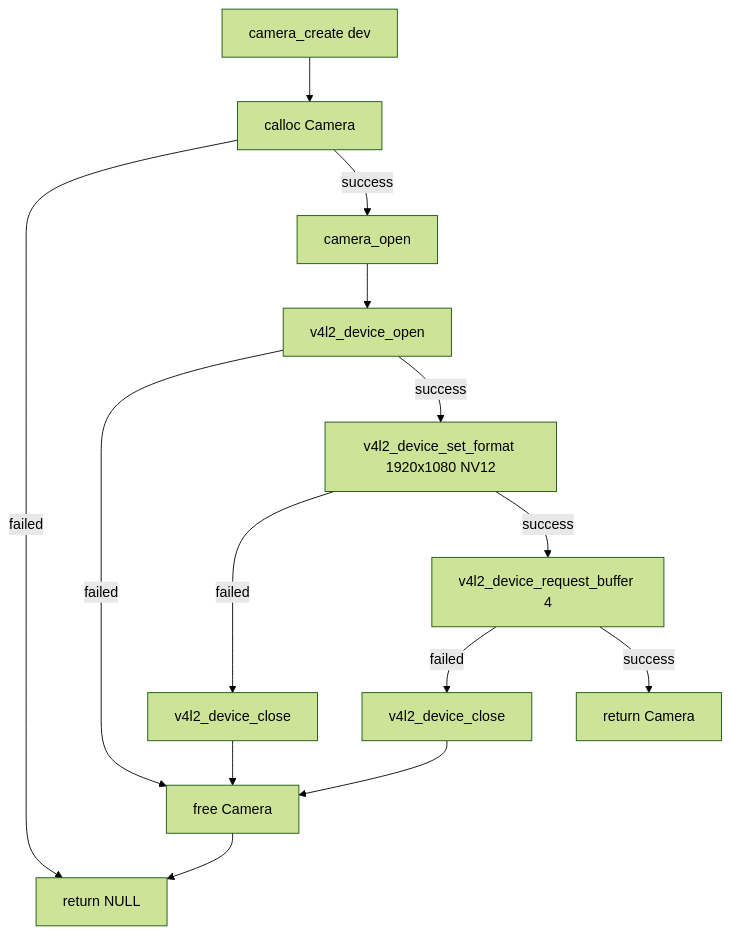
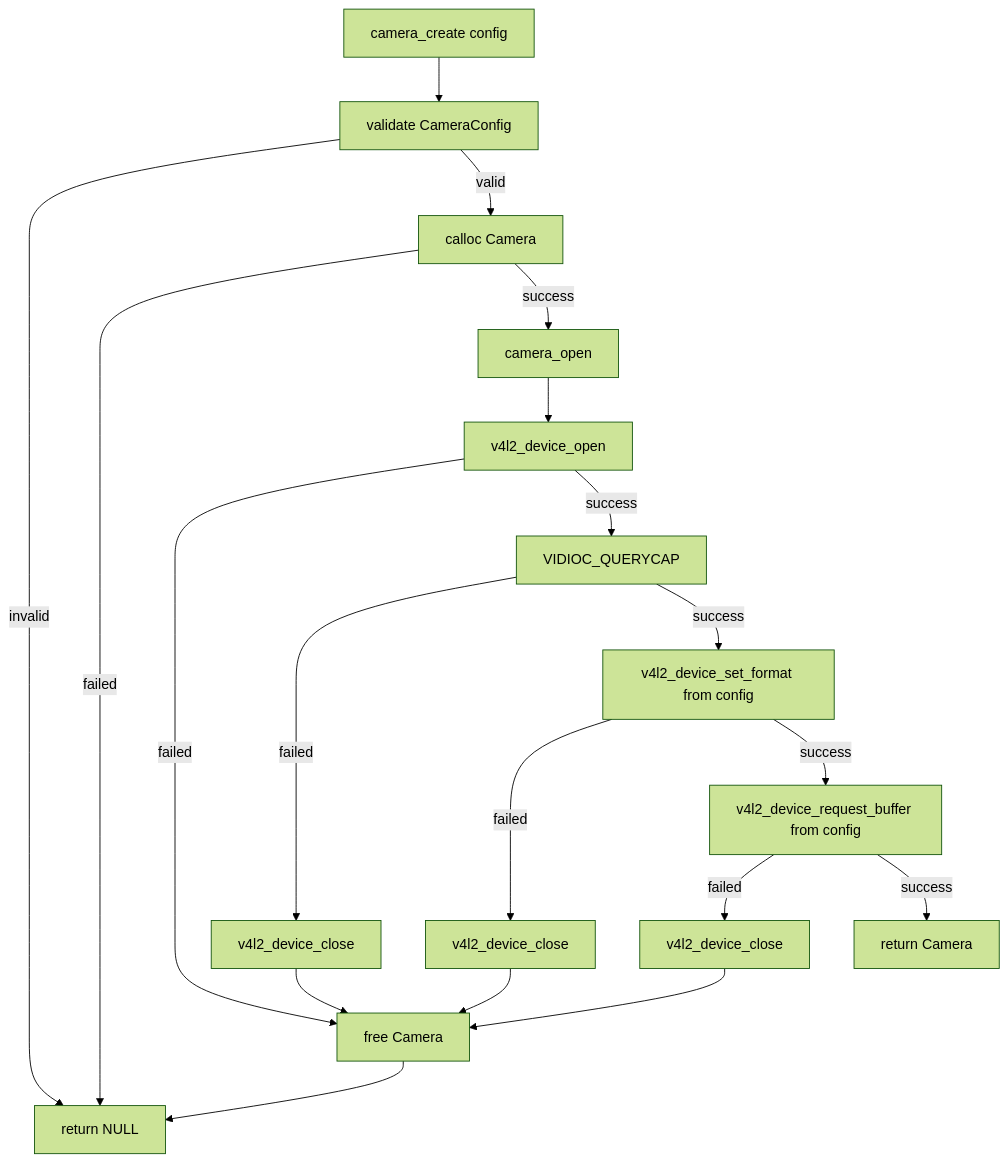
Before and after one commit to originalcore/rk3588_camera: the third of 7 diagrams in CAMERA_FLOWCHARTS.md, drawn with Mermaid (forest theme). The commit also changed other lines of this file and 11 other files, not shown here.

````diff
--- a/CAMERA_FLOWCHARTS.md
+++ b/CAMERA_FLOWCHARTS.md
@@ -72,20 +73,26 @@
 ```mermaid
 flowchart TD
-    A[camera_create dev] --> B[calloc Camera]
-    B -->|failed| Z[return NULL]
-    B -->|success| C[camera_open]
+    A[camera_create config] --> B[validate CameraConfig]
+    B -->|invalid| Z[return NULL]
+    B -->|valid| C[calloc Camera]
+    C -->|failed| Z
+    C -->|success| D[camera_open]
 
-    C --> D[v4l2_device_open]
-    D -->|failed| F1[free Camera]
+    D --> E[v4l2_device_open]
+    E -->|failed| F1[free Camera]
     F1 --> Z
 
-    D -->|success| E[v4l2_device_set_format 1920x1080 NV12]
-    E -->|failed| E1[v4l2_device_close]
-    E1 --> F1
+    E -->|success| Q[VIDIOC_QUERYCAP]
+    Q -->|failed| Q1[v4l2_device_close]
+    Q1 --> F1
 
-    E -->|success| G[v4l2_device_request_buffer 4]
+    Q -->|success| SF[v4l2_device_set_format from config]
+    SF -->|failed| S1[v4l2_device_close]
+    S1 --> F1
+
+    SF -->|success| G[v4l2_device_request_buffer from config]
     G -->|failed| G1[v4l2_device_close]
     G1 --> F1
 
     G -->|success| H[return Camera]
 ```
````
